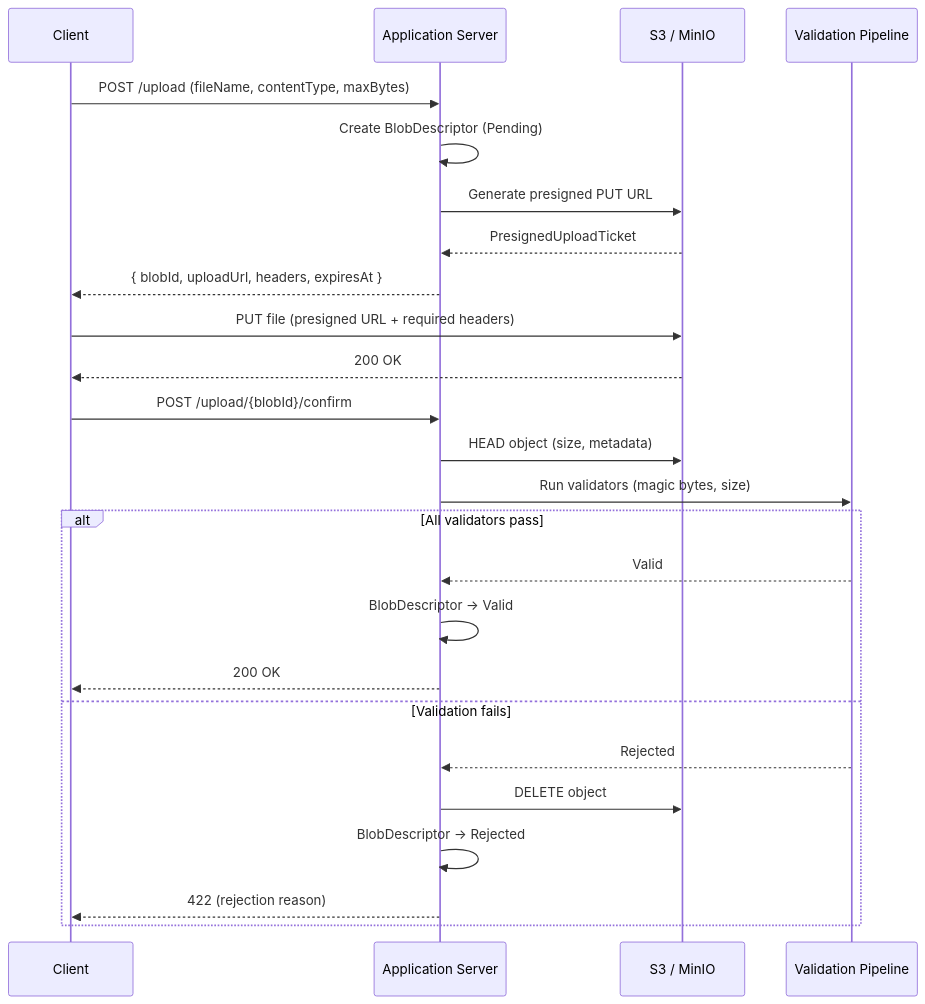
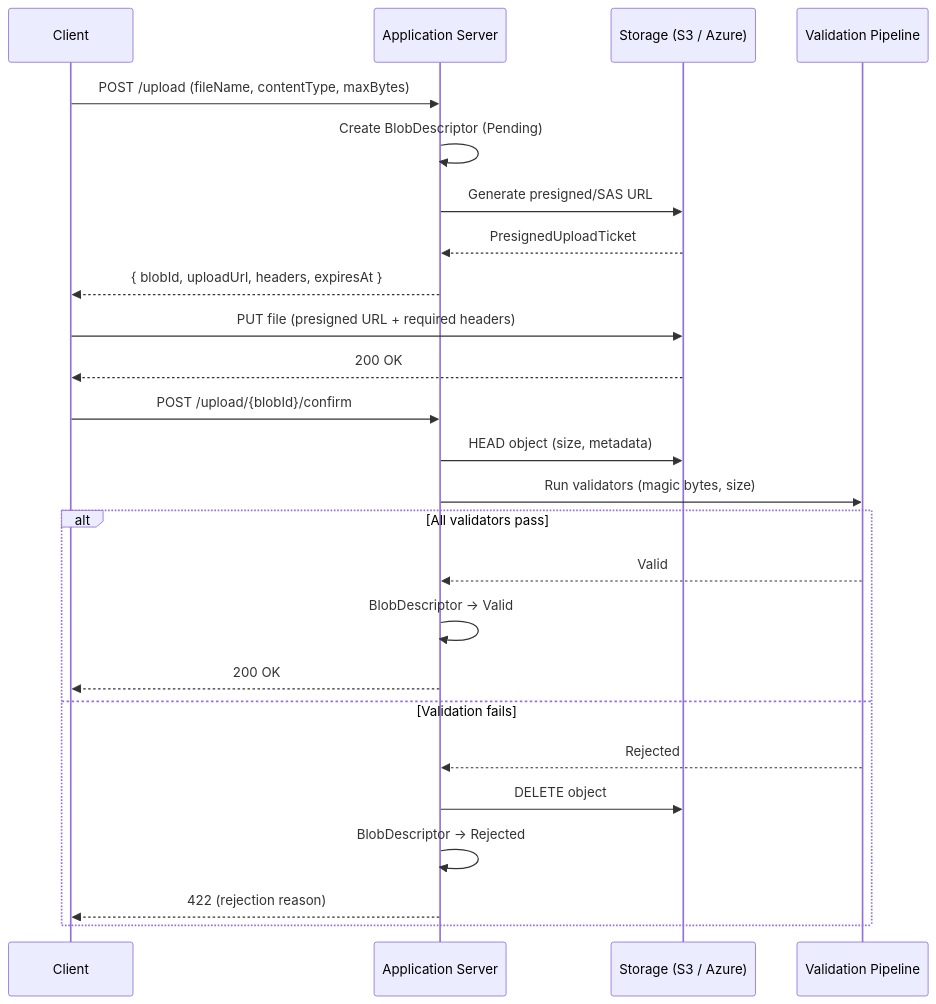
One commit to enraiz/granit-dotnet changed the second of 4 diagrams in docs-site/src/content/docs/reference/modules/blob-storage.mdx. Above: the diagram before and after it, drawn with Mermaid. The commit also changed other lines of this file and 6 other files, not shown here.

First line of the commit message:
docs: update blob storage documentation for multi-provider architecture (#780)

````diff
--- a/docs-site/src/content/docs/reference/modules/blob-storage.mdx
+++ b/docs-site/src/content/docs/reference/modules/blob-storage.mdx
@@ -123,28 +276,28 @@
 ```mermaid
 sequenceDiagram
     participant C as Client
     participant API as Application Server
-    participant S3 as S3 / MinIO
+    participant ST as Storage (S3 / Azure)
     participant V as Validation Pipeline
 
     C->>API: POST /upload (fileName, contentType, maxBytes)
     API->>API: Create BlobDescriptor (Pending)
-    API->>S3: Generate presigned PUT URL
-    S3-->>API: PresignedUploadTicket
+    API->>ST: Generate presigned/SAS URL
+    ST-->>API: PresignedUploadTicket
     API-->>C: { blobId, uploadUrl, headers, expiresAt }
-    C->>S3: PUT file (presigned URL + required headers)
-    S3-->>C: 200 OK
+    C->>ST: PUT file (presigned URL + required headers)
+    ST-->>C: 200 OK
     C->>API: POST /upload/{blobId}/confirm
-    API->>S3: HEAD object (size, metadata)
+    API->>ST: HEAD object (size, metadata)
     API->>V: Run validators (magic bytes, size)
     alt All validators pass
         V-->>API: Valid
         API->>API: BlobDescriptor → Valid
         API-->>C: 200 OK
     else Validation fails
         V-->>API: Rejected
-        API->>S3: DELETE object
+        API->>ST: DELETE object
         API->>API: BlobDescriptor → Rejected
         API-->>C: 422 (rejection reason)
     end
 ```
````
